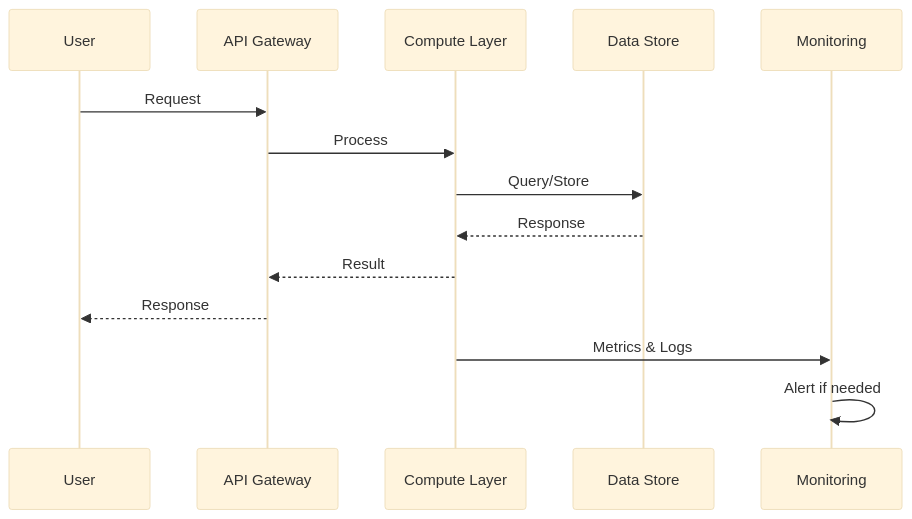
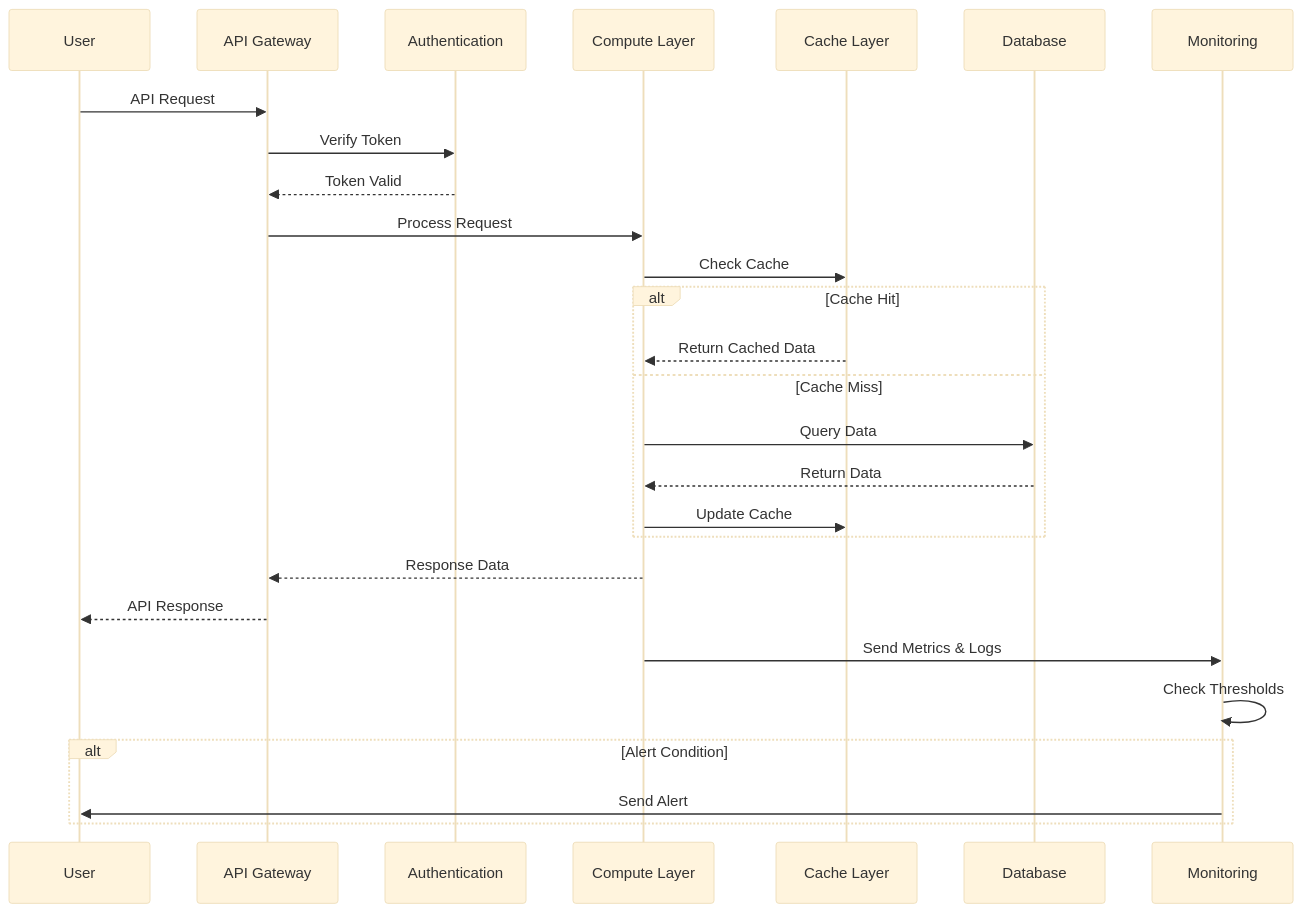
Before and after one commit to InfraTales/computer-vision-pipeline-infrastructure: the second of 4 diagrams in README.md, drawn with Mermaid (base theme). The commit also changed other lines of this file, not shown here.

Commit message:
Add comprehensive README with 4 Mermaid diagrams

````diff
--- a/README.md
+++ b/README.md
@@ -85,18 +98,35 @@
 ```mermaid
 sequenceDiagram
     participant User
     participant API as API Gateway
+    participant Auth as Authentication
     participant Compute as Compute Layer
-    participant Database as Data Store
+    participant Cache as Cache Layer
+    participant Database as Database
     participant Monitor as Monitoring
     
-    User->>API: Request
-    API->>Compute: Process
-    Compute->>Database: Query/Store
-    Database-->>Compute: Response
-    Compute-->>API: Result
-    API-->>User: Response
+    User->>API: API Request
+    API->>Auth: Verify Token
+    Auth-->>API: Token Valid
     
-    Compute->>Monitor: Metrics & Logs
-    Monitor->>Monitor: Alert if needed
+    API->>Compute: Process Request
+    Compute->>Cache: Check Cache
+    
+    alt Cache Hit
+        Cache-->>Compute: Return Cached Data
+    else Cache Miss
+        Compute->>Database: Query Data
+        Database-->>Compute: Return Data
+        Compute->>Cache: Update Cache
+    end
+    
+    Compute-->>API: Response Data
+    API-->>User: API Response
+    
+    Compute->>Monitor: Send Metrics & Logs
+    Monitor->>Monitor: Check Thresholds
+    
+    alt Alert Condition
+        Monitor->>User: Send Alert
+    end
 ```
````
